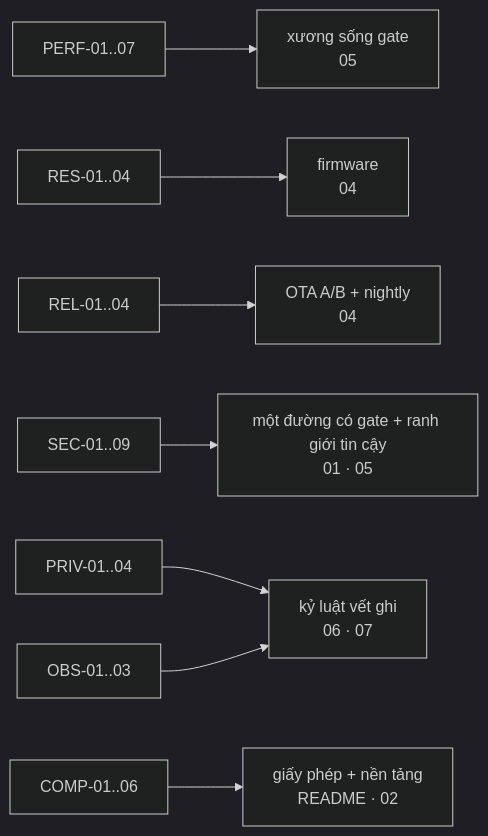
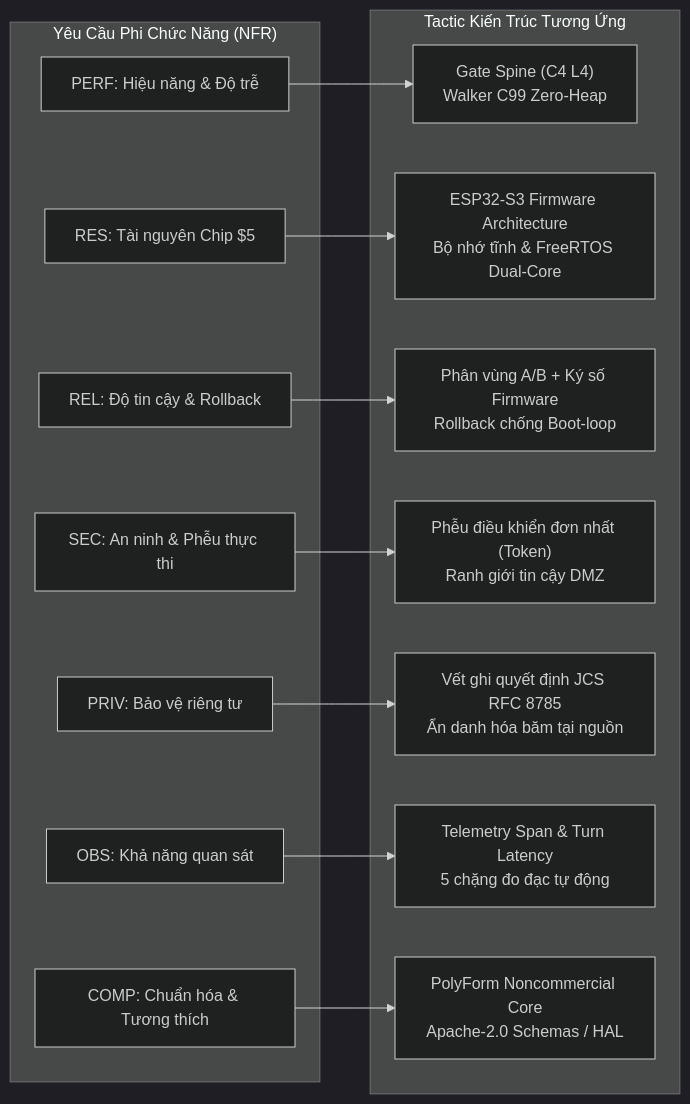
One commit to letrongminh/neuroedge-init changed the diagram in docs/architecture/vi/08-nfr.md. Above: the diagram before and after it, drawn with Mermaid (dark theme). The commit also changed other lines of this file and 35 other files, not shown here.

First line of the commit message:
docs(architecture): comprehensive upgrade of architecture suite, Mermaid diagrams and vector posters

````diff
--- a/docs/architecture/vi/08-nfr.md
+++ b/docs/architecture/vi/08-nfr.md
@@ -6,10 +13,30 @@
 ```mermaid
 flowchart LR
-    PERF[PERF-01..07] --> SP[xương sống gate<br/>05]
-    RES[RES-01..04] --> FW[firmware<br/>04]
-    REL[REL-01..04] --> OTA[OTA A/B + nightly<br/>04]
-    SEC[SEC-01..09] --> GN[một đường có gate + ranh giới tin cậy<br/>01 · 05]
-    PRIV[PRIV-01..04] --> TR[kỷ luật vết ghi<br/>06 · 07]
-    OBS[OBS-01..03] --> TR
-    COMP[COMP-01..06] --> LIC[giấy phép + nền tảng<br/>README · 02]
+    subgraph NonFunctionalRequirements["Yêu Cầu Phi Chức Năng (NFR)"]
+        PERF["PERF: Hiệu năng & Độ trễ"]
+        RES["RES: Tài nguyên Chip $5"]
+        REL["REL: Độ tin cậy & Rollback"]
+        SEC["SEC: An ninh & Phễu thực thi"]
+        PRIV["PRIV: Bảo vệ riêng tư"]
+        OBS["OBS: Khả năng quan sát"]
+        COMP["COMP: Chuẩn hóa & Tương thích"]
+    end
+
+    subgraph ArchitecturalTactics["Tactic Kiến Trúc Tương Ứng"]
+        SP["Gate Spine (C4 L4)<br/>Walker C99 Zero-Heap"]
+        FW["ESP32-S3 Firmware Architecture<br/>Bộ nhớ tĩnh & FreeRTOS Dual-Core"]
+        OTA["Phân vùng A/B + Ký số Firmware<br/>Rollback chống Boot-loop"]
+        GATE["Phễu điều khiển đơn nhất (Token)<br/>Ranh giới tin cậy DMZ"]
+        TRACE["Vết ghi quyết định JCS RFC 8785<br/>Ẩn danh hóa băm tại nguồn"]
+        TEL["Telemetry Span & Turn Latency<br/>5 chặng đo đạc tự động"]
+        LIC["PolyForm Noncommercial Core<br/>Apache-2.0 Schemas / HAL"]
+    end
+
+    PERF --> SP
+    RES --> FW
+    REL --> OTA
+    SEC --> GATE
+    PRIV --> TRACE
+    OBS --> TEL
+    COMP --> LIC
 ```
````
